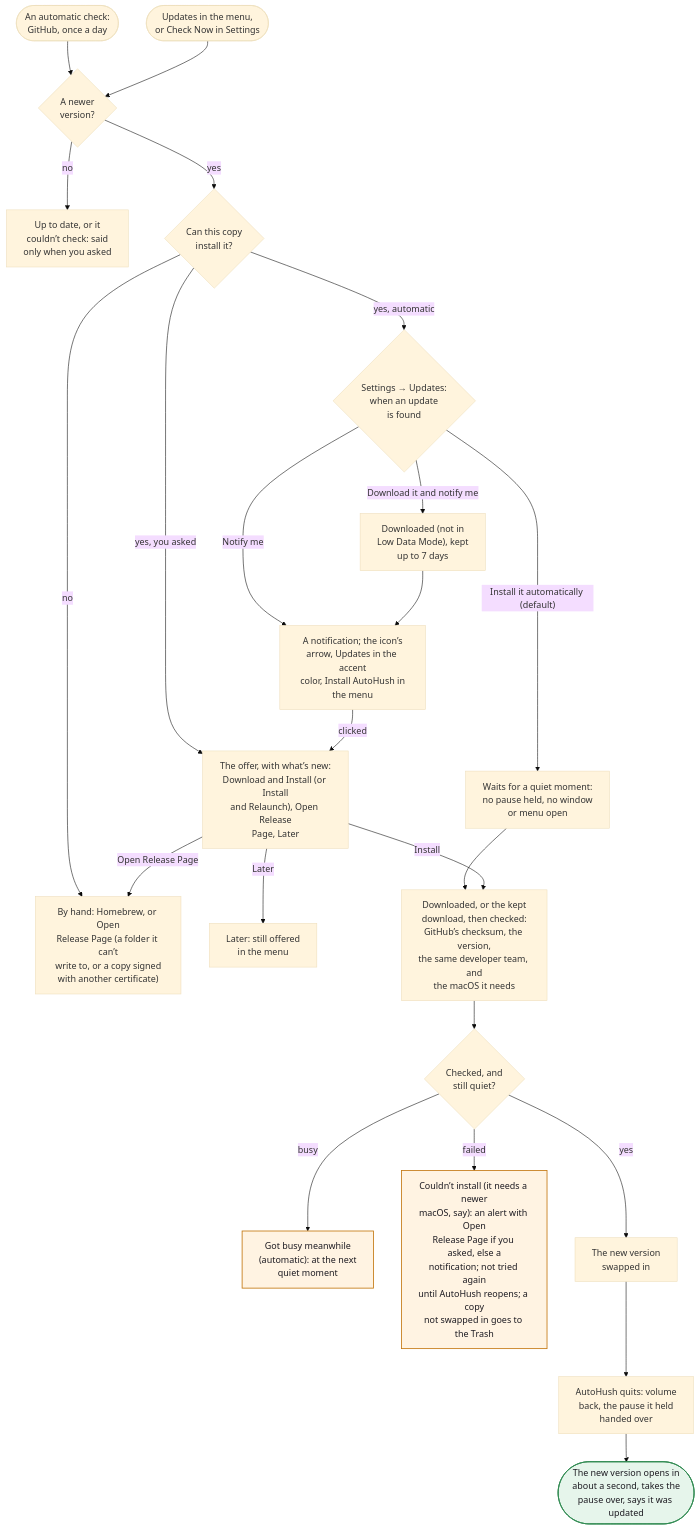
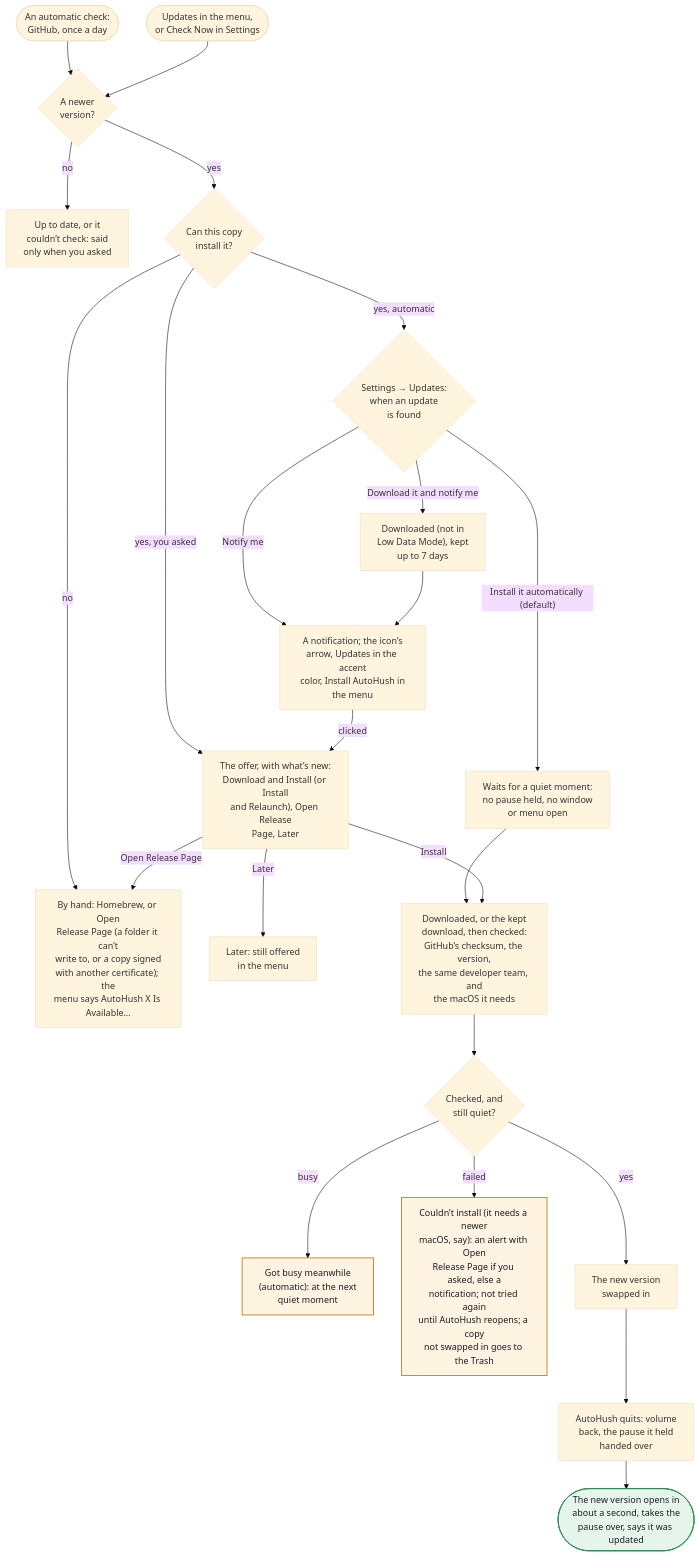
One commit to hfustercabre/AutoHush changed diagram 12 of 14 in WORKFLOWS.md. Above: the diagram before and after it, drawn with Mermaid (base theme). The commit also changed other lines of this file, not shown here.

````diff
--- a/WORKFLOWS.md
+++ b/WORKFLOWS.md
@@ -622,46 +622,46 @@
 ```mermaid
 flowchart TD
   AUTO(["An automatic check:<br/>GitHub, once a day"])
   ASK(["Updates in the menu,<br/>or Check Now in Settings"])
   NEW{"A newer<br/>version?"}
   UTD["Up to date, or it<br/>couldn’t check: said<br/>only when you asked"]
   CAN{"Can this copy<br/>install it?"}
-  HAND["By hand: Homebrew, or Open<br/>Release Page (a folder it can’t<br/>write to, or a copy signed<br/>with another certificate)"]
+  HAND["By hand: Homebrew, or Open<br/>Release Page (a folder it can’t<br/>write to, or a copy signed<br/>with another certificate); the<br/>menu says AutoHush X Is Available…"]
   MODE{"Settings → Updates:<br/>when an update<br/>is found"}
   NOT["A notification; the icon’s<br/>arrow, Updates in the accent<br/>color, Install AutoHush in<br/>the menu"]
   DL["Downloaded (not in<br/>Low Data Mode), kept<br/>up to 7 days"]
   AI["Waits for a quiet moment:<br/>no pause held, no window<br/>or menu open"]
   OFFER["The offer, with what’s new:<br/>Download and Install (or Install<br/>and Relaunch), Open Release<br/>Page, Later"]
   LATER["Later: still offered<br/>in the menu"]
   PREP["Downloaded, or the kept<br/>download, then checked:<br/>GitHub’s checksum, the version,<br/>the same developer team, and<br/>the macOS it needs"]
   OK{"Checked, and<br/>still quiet?"}
   BUSY["Got busy meanwhile<br/>(automatic): at the next<br/>quiet moment"]
   ERR["Couldn’t install (it needs a newer<br/>macOS, say): an alert with Open<br/>Release Page if you asked, else a<br/>notification; not tried again<br/>until AutoHush reopens; a copy<br/>not swapped in goes to the Trash"]
   SWAP["The new version<br/>swapped in"]
   QUIT["AutoHush quits: volume<br/>back, the pause it held<br/>handed over"]
   OPEN(["The new version opens in<br/>about a second, takes the<br/>pause over, says it was updated"])
 
   AUTO --> NEW
   ASK --> NEW
   NEW -->|"no"| UTD
   NEW -->|"yes"| CAN
   CAN -->|"no"| HAND
   CAN -->|"yes, you asked"| OFFER
   CAN -->|"yes, automatic"| MODE
   MODE -->|"Notify me"| NOT
   MODE -->|"Download it and notify me"| DL --> NOT
   MODE -->|"Install it automatically (default)"| AI --> PREP
   NOT -->|"clicked"| OFFER
   OFFER -->|"Install"| PREP
   OFFER -->|"Open Release Page"| HAND
   OFFER -->|"Later"| LATER
   PREP --> OK
   OK -->|"busy"| BUSY
   OK -->|"failed"| ERR
   OK -->|"yes"| SWAP --> QUIT --> OPEN
 
   class ERR,BUSY warn
   class OPEN done
   classDef warn fill:#fff3e2,stroke:#c47812,stroke-width:1.5px,color:#1d1b22
   classDef done fill:#e6f5eb,stroke:#2f8a50,stroke-width:1.5px,color:#1d1b22
 ```
````
